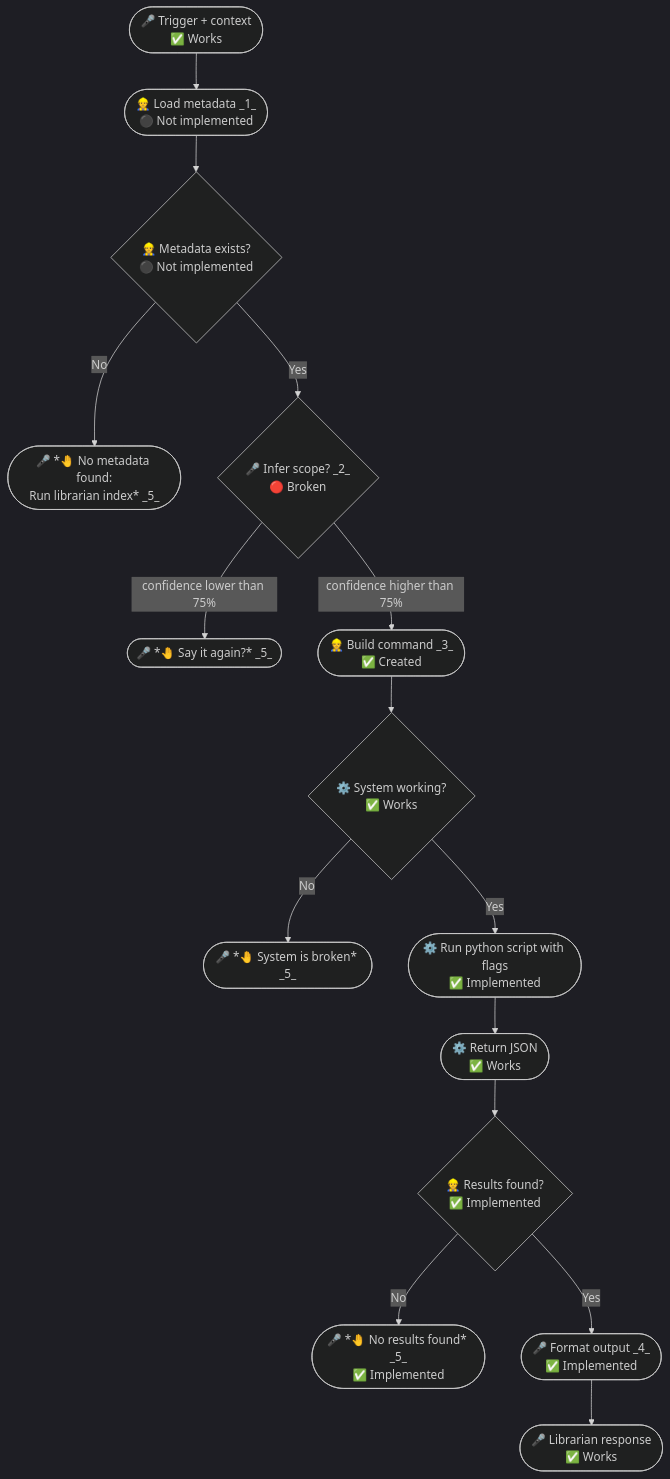
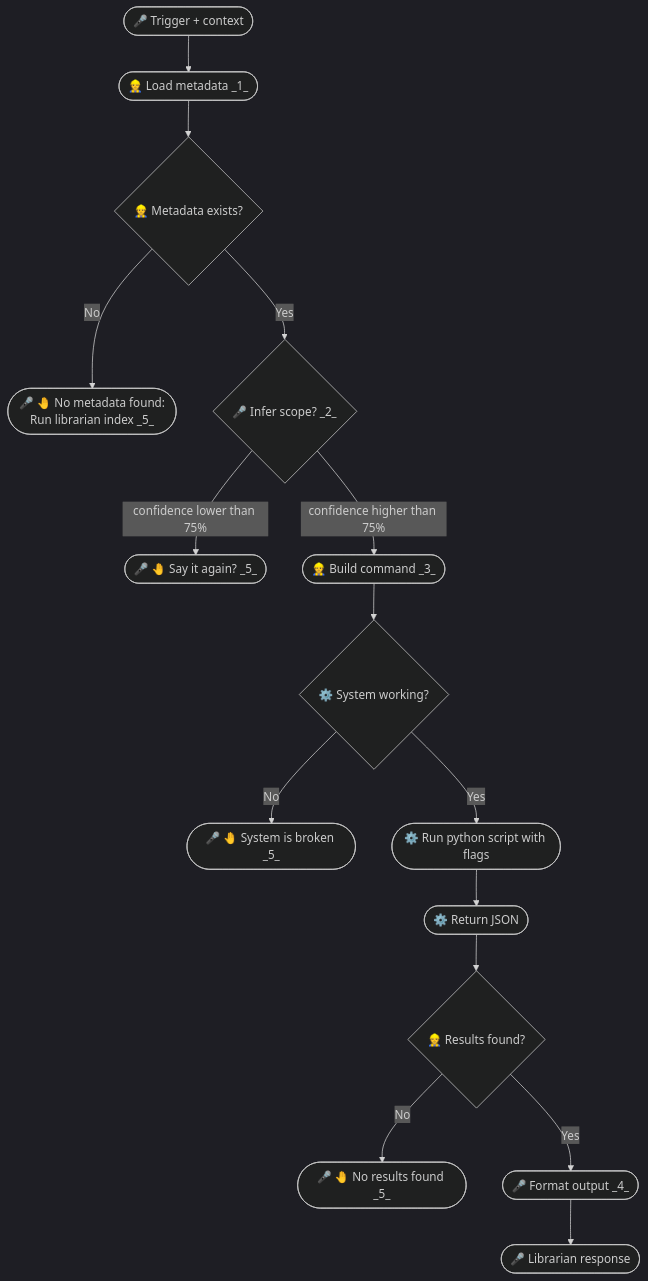
One commit to nonlinear/librarian changed the first of 2 diagrams in backstage/epic-notes/v0.15.0-skill-protocol.md. Above: the diagram before and after it, drawn with Mermaid (dark theme).

Commit message:
contract: Remove redundant status emojis from nodes (CSS class governs state)

````diff
--- a/backstage/epic-notes/v0.15.0-skill-protocol.md
+++ b/backstage/epic-notes/v0.15.0-skill-protocol.md
@@ -42,25 +42,25 @@
 ```mermaid
 flowchart TB
-    TRIGGER(["🎤 Trigger + context<br/>✅ Works"]):::developed
-    TRIGGER --> METADATA(["👷 Load metadata _1_<br/>⚫ Not implemented"]):::default
-    METADATA --> CHECK{"👷 Metadata exists?<br/>⚫ Not implemented"}:::default
+    TRIGGER(["🎤 Trigger + context"]):::developed
+    TRIGGER --> METADATA(["👷 Load metadata _1_"]):::default
+    METADATA --> CHECK{"👷 Metadata exists?"}:::default
     
-    CHECK -->|No| ERROR(["🎤 *🤚 No metadata found:<br>Run librarian index* _5_"]):::approved
-    CHECK -->|Yes| INFER{"🎤 Infer scope? _2_<br/>🔴 Broken"}:::blocker
+    CHECK -->|No| ERROR(["🎤 🤚 No metadata found:<br>Run librarian index _5_"]):::approved
+    CHECK -->|Yes| INFER{"🎤 Infer scope? _2_"}:::blocker
     
-    INFER -->|confidence lower than 75%| CLARIFY(["🎤 *🤚 Say it again?* _5_"]):::approved
-    INFER -->|confidence higher than 75%| BUILD(["👷 Build command _3_<br/>✅ Created"]):::developed
+    INFER -->|confidence lower than 75%| CLARIFY(["🎤 🤚 Say it again? _5_"]):::approved
+    INFER -->|confidence higher than 75%| BUILD(["👷 Build command _3_"]):::developed
     
-    BUILD --> CHECK_SYSTEM{"⚙️ System working?<br/>✅ Works"}:::developed
+    BUILD --> CHECK_SYSTEM{"⚙️ System working?"}:::developed
     
-    CHECK_SYSTEM -->|No| BROKEN(["🎤 *🤚 System is broken* _5_"]):::approved
-    CHECK_SYSTEM -->|Yes| EXEC(["⚙️ Run python script with flags<br/>✅ Implemented"]):::developed
+    CHECK_SYSTEM -->|No| BROKEN(["🎤 🤚 System is broken _5_"]):::approved
+    CHECK_SYSTEM -->|Yes| EXEC(["⚙️ Run python script with flags"]):::developed
     
-    EXEC --> JSON(["⚙️ Return JSON<br/>✅ Works"]):::developed
-    JSON --> CHECK_RESULTS{"👷 Results found?<br/>✅ Implemented"}:::developed
+    EXEC --> JSON(["⚙️ Return JSON"]):::developed
+    JSON --> CHECK_RESULTS{"👷 Results found?"}:::developed
     
-    CHECK_RESULTS -->|No| EMPTY(["🎤 *🤚 No results found* _5_<br/>✅ Implemented"]):::developed
-    CHECK_RESULTS -->|Yes| FORMAT(["🎤 Format output _4_<br/>✅ Implemented"]):::developed
+    CHECK_RESULTS -->|No| EMPTY(["🎤 🤚 No results found _5_"]):::developed
+    CHECK_RESULTS -->|Yes| FORMAT(["🎤 Format output _4_"]):::developed
     
-    FORMAT --> RESPONSE(["🎤 Librarian response<br/>✅ Works"]):::developed
+    FORMAT --> RESPONSE(["🎤 Librarian response"]):::developed
 ```
````
